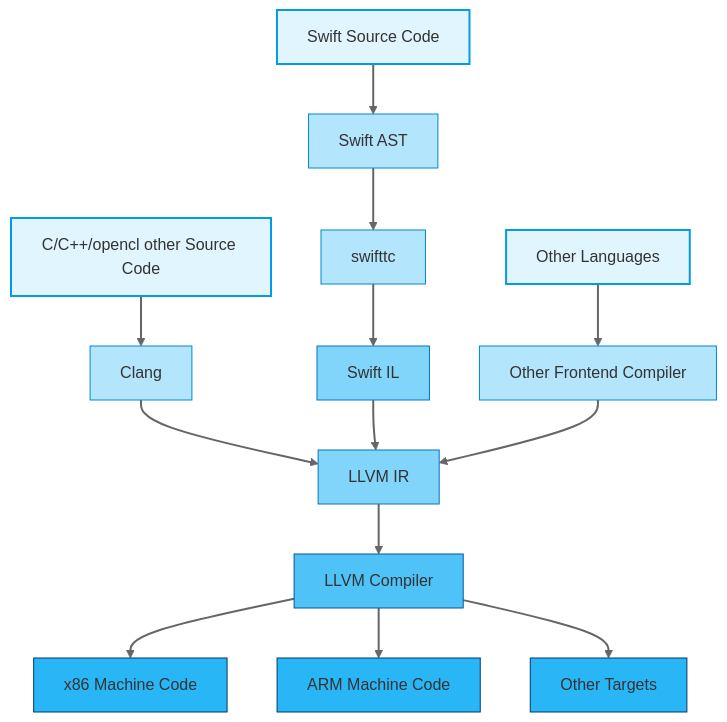
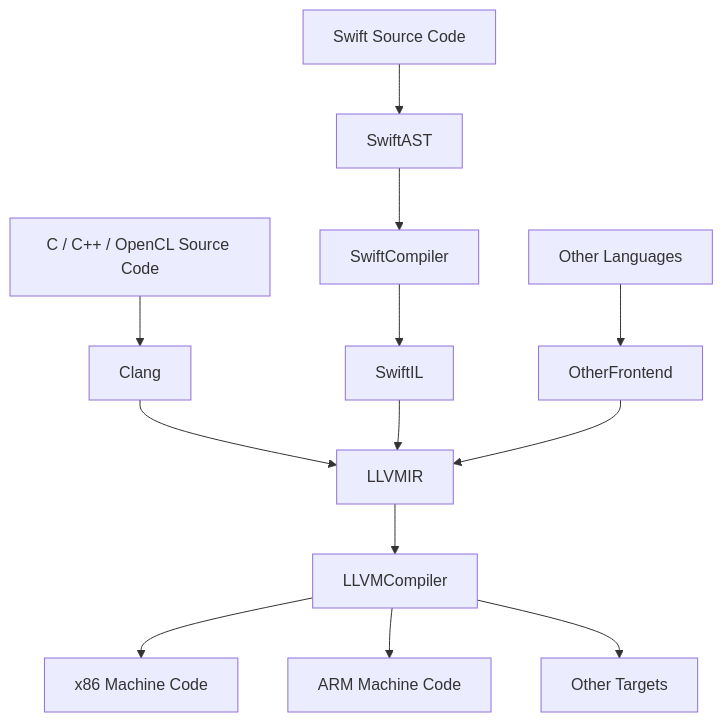
One commit to aabhinavg1/FixIt changed the second of 3 diagrams in docs/llvm/llvm_basic/What_is_LLVM.md. Above: the diagram before and after it, drawn with Mermaid. The commit also changed other lines of this file, not shown here.

Commit message:
[llvm] What is llvm link: /llvm/llvm_basic/intro-to-llvm/#introduction

````diff
--- a/docs/llvm/llvm_basic/What_is_LLVM.md
+++ b/docs/llvm/llvm_basic/What_is_LLVM.md
@@ -100,35 +359,15 @@
 ```mermaid
 flowchart TD
-    %% Define nodes with different shapes
-    C[C/C++/opencl other Source Code] --> Clang
-    Swift[Swift Source Code] --> SwiftAST[Swift AST] --> swifttc[swifttc] --> SwiftIL[Swift IL]
-    Other[Other Languages] --> OtherFrontend[Other Frontend Compiler]
+    C["C / C++ / OpenCL Source Code"] --> Clang
+    Swift["Swift Source Code"] --> SwiftAST --> SwiftCompiler --> SwiftIL
+    Other["Other Languages"] --> OtherFrontend
 
-    %% LLVM Common Path
-    Clang --> LLVMIR[LLVM IR]
+    Clang --> LLVMIR
     SwiftIL --> LLVMIR
     OtherFrontend --> LLVMIR
 
-    %% LLVM Backends
-    LLVMIR --> LLVMCompiler[LLVM Compiler]
-    LLVMCompiler --> x86[x86 Machine Code]
-    LLVMCompiler --> ARM[ARM Machine Code]
-    LLVMCompiler --> OtherTarget[Other Targets]
-
-    %% Styling
-    classDef source fill:#E1F5FE,stroke:#039BE5,stroke-width:2px;
-    classDef frontend fill:#B3E5FC,stroke:#0288D1;
-    classDef ir fill:#81D4FA,stroke:#0277BD;
-    classDef backend fill:#4FC3F7,stroke:#01579B;
-    classDef target fill:#29B6F6,stroke:#01396B;
-
-    class C,Swift,Other source;
-    class Clang,SwiftAST,swifttc,OtherFrontend frontend;
-    class SwiftIL,LLVMIR ir;
-    class LLVMCompiler backend;
-    class x86,ARM,OtherTarget target;
-
-    %% Add some visual spacing
-    linkStyle default stroke:#666,stroke-width:2px;
-
+    LLVMIR --> LLVMCompiler
+    LLVMCompiler --> x86["x86 Machine Code"]
+    LLVMCompiler --> ARM["ARM Machine Code"]
+    LLVMCompiler --> OtherTarget["Other Targets"]
 ```
````
